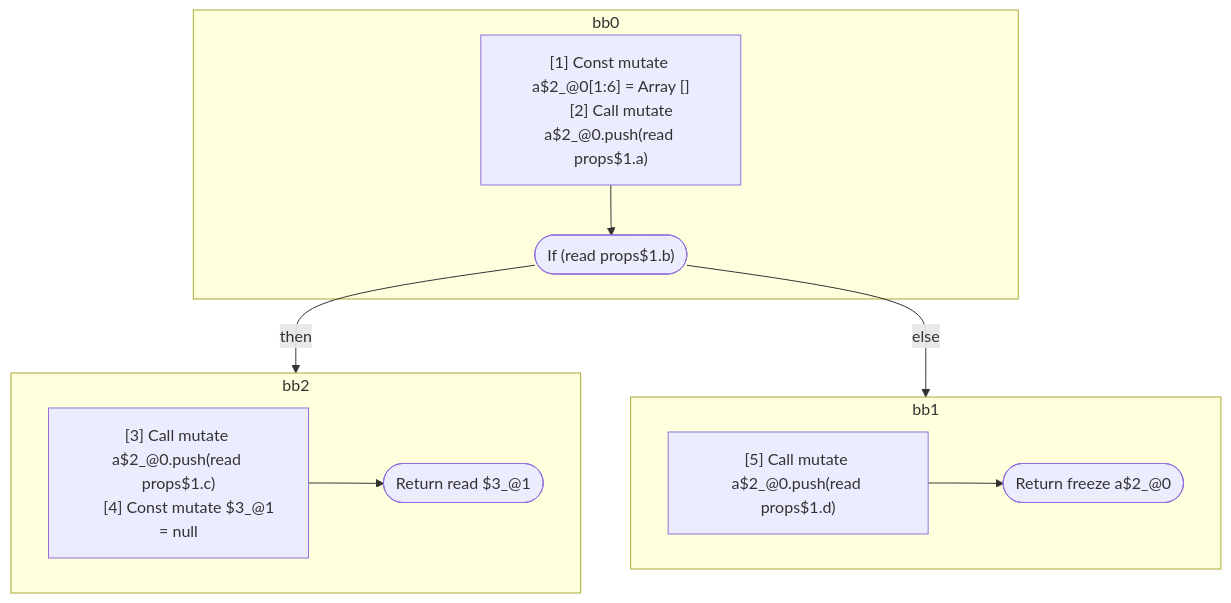
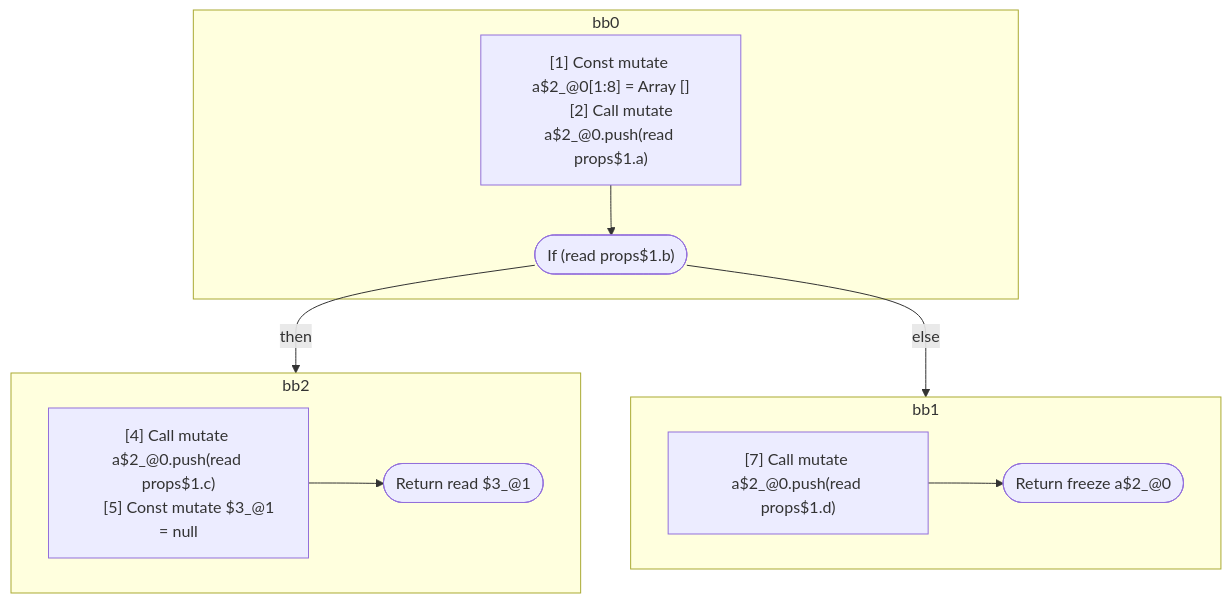
One commit to wutsmog/private changed the third of 5 diagrams in compiler/forget/src/__tests__/fixtures/hir/conditional-break.expect.md. Above: the diagram before and after it, drawn with Mermaid. The commit also changed other lines of this file and 61 other files, not shown here.

````diff
--- a/compiler/forget/src/__tests__/fixtures/hir/conditional-break.expect.md
+++ b/compiler/forget/src/__tests__/fixtures/hir/conditional-break.expect.md
@@ -224,29 +224,29 @@
 ```mermaid
 flowchart TB
   %% Basic Blocks
   subgraph bb0
     bb0_instrs["
-      [1] Const mutate a$2_@0[1:6] = Array []
+      [1] Const mutate a$2_@0[1:8] = Array []
       [2] Call mutate a$2_@0.push(read props$1.a)
     "]
     bb0_instrs --> bb0_terminal(["If (read props$1.b)"])
   end
   subgraph bb2
     bb2_instrs["
-      [3] Call mutate a$2_@0.push(read props$1.c)
-      [4] Const mutate $3_@1 = null
+      [4] Call mutate a$2_@0.push(read props$1.c)
+      [5] Const mutate $3_@1 = null
     "]
     bb2_instrs --> bb2_terminal(["Return read $3_@1"])
   end
   subgraph bb1
     bb1_instrs["
-      [5] Call mutate a$2_@0.push(read props$1.d)
+      [7] Call mutate a$2_@0.push(read props$1.d)
     "]
     bb1_instrs --> bb1_terminal(["Return freeze a$2_@0"])
   end
 
   %% Jumps
   bb0_terminal -- "then" --> bb2
   bb0_terminal -- "else" --> bb1
 
 ```
````
